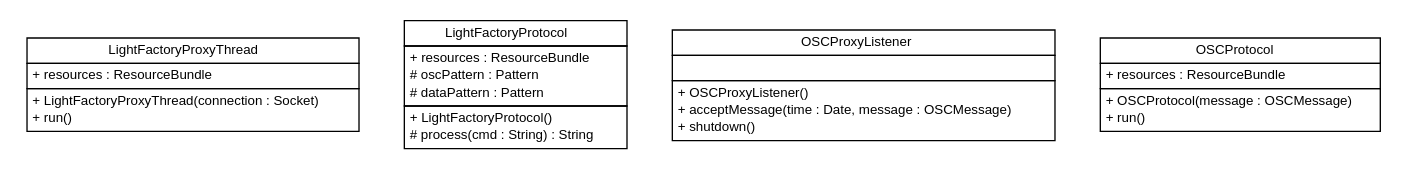
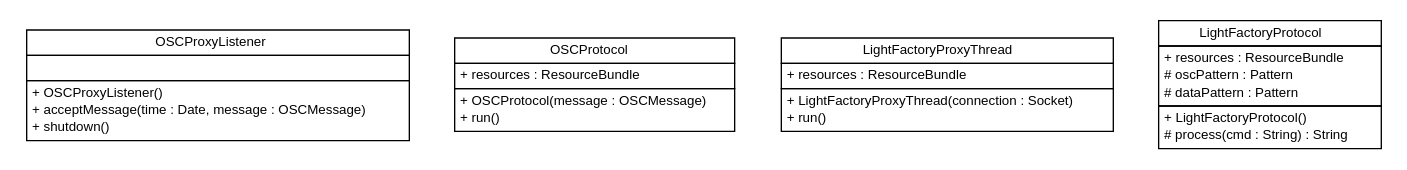
The diagram in apidocs/com/xley/lfosc/impl/com.xley.lfosc.impl.dot (pcross616/lf-osc-proxy), drawn with Graphviz before and after one commit. The commit also changed 95 other files, not shown here.

```diff
--- a/apidocs/com/xley/lfosc/impl/com.xley.lfosc.impl.dot
+++ b/apidocs/com/xley/lfosc/impl/com.xley.lfosc.impl.dot
@@ -1,67 +1,67 @@
 #!/usr/local/bin/dot
 #
 # Class diagram 
 # Generated by UMLGraph version R5_6 (http://www.umlgraph.org/)
 #
 
 digraph G {
 	edge [fontname="Helvetica",fontsize=10,labelfontname="Helvetica",labelfontsize=10];
 	node [fontname="Helvetica",fontsize=10,shape=plaintext];
 	nodesep=0.25;
 	ranksep=0.5;
+	// com.xley.lfosc.impl.OSCProxyListener
+	c8 [label=<<table title="com.xley.lfosc.impl.OSCProxyListener" border="0" cellborder="1" cellspacing="0" cellpadding="2" port="p" href="./OSCProxyListener.html">
+		<tr><td><table border="0" cellspacing="0" cellpadding="1">
+<tr><td align="center" balign="center"> OSCProxyListener </td></tr>
+		</table></td></tr>
+		<tr><td><table border="0" cellspacing="0" cellpadding="1">
+<tr><td align="left" balign="left">  </td></tr>
+		</table></td></tr>
+		<tr><td><table border="0" cellspacing="0" cellpadding="1">
+<tr><td align="left" balign="left"> + OSCProxyListener() </td></tr>
+<tr><td align="left" balign="left"> + acceptMessage(time : Date, message : OSCMessage) </td></tr>
+<tr><td align="left" balign="left"> + shutdown() </td></tr>
+		</table></td></tr>
+		</table>>, URL="./OSCProxyListener.html", fontname="Helvetica", fontcolor="black", fontsize=10.0];
+	// com.xley.lfosc.impl.OSCProtocol
+	c9 [label=<<table title="com.xley.lfosc.impl.OSCProtocol" border="0" cellborder="1" cellspacing="0" cellpadding="2" port="p" href="./OSCProtocol.html">
+		<tr><td><table border="0" cellspacing="0" cellpadding="1">
+<tr><td align="center" balign="center"> OSCProtocol </td></tr>
+		</table></td></tr>
+		<tr><td><table border="0" cellspacing="0" cellpadding="1">
+<tr><td align="left" balign="left"> + resources : ResourceBundle </td></tr>
+		</table></td></tr>
+		<tr><td><table border="0" cellspacing="0" cellpadding="1">
+<tr><td align="left" balign="left"> + OSCProtocol(message : OSCMessage) </td></tr>
+<tr><td align="left" balign="left"> + run() </td></tr>
+		</table></td></tr>
+		</table>>, URL="./OSCProtocol.html", fontname="Helvetica", fontcolor="black", fontsize=10.0];
 	// com.xley.lfosc.impl.LightFactoryProxyThread
-	c9 [label=<<table title="com.xley.lfosc.impl.LightFactoryProxyThread" border="0" cellborder="1" cellspacing="0" cellpadding="2" port="p" href="./LightFactoryProxyThread.html">
+	c10 [label=<<table title="com.xley.lfosc.impl.LightFactoryProxyThread" border="0" cellborder="1" cellspacing="0" cellpadding="2" port="p" href="./LightFactoryProxyThread.html">
 		<tr><td><table border="0" cellspacing="0" cellpadding="1">
 <tr><td align="center" balign="center"> LightFactoryProxyThread </td></tr>
 		</table></td></tr>
 		<tr><td><table border="0" cellspacing="0" cellpadding="1">
 <tr><td align="left" balign="left"> + resources : ResourceBundle </td></tr>
 		</table></td></tr>
 		<tr><td><table border="0" cellspacing="0" cellpadding="1">
 <tr><td align="left" balign="left"> + LightFactoryProxyThread(connection : Socket) </td></tr>
 <tr><td align="left" balign="left"> + run() </td></tr>
 		</table></td></tr>
 		</table>>, URL="./LightFactoryProxyThread.html", fontname="Helvetica", fontcolor="black", fontsize=10.0];
 	// com.xley.lfosc.impl.LightFactoryProtocol
-	c10 [label=<<table title="com.xley.lfosc.impl.LightFactoryProtocol" border="0" cellborder="1" cellspacing="0" cellpadding="2" port="p" href="./LightFactoryProtocol.html">
+	c11 [label=<<table title="com.xley.lfosc.impl.LightFactoryProtocol" border="0" cellborder="1" cellspacing="0" cellpadding="2" port="p" href="./LightFactoryProtocol.html">
 		<tr><td><table border="0" cellspacing="0" cellpadding="1">
 <tr><td align="center" balign="center"> LightFactoryProtocol </td></tr>
 		</table></td></tr>
 		<tr><td><table border="0" cellspacing="0" cellpadding="1">
 <tr><td align="left" balign="left"> + resources : ResourceBundle </td></tr>
 <tr><td align="left" balign="left"> # oscPattern : Pattern </td></tr>
 <tr><td align="left" balign="left"> # dataPattern : Pattern </td></tr>
 		</table></td></tr>
 		<tr><td><table border="0" cellspacing="0" cellpadding="1">
 <tr><td align="left" balign="left"> + LightFactoryProtocol() </td></tr>
 <tr><td align="left" balign="left"> # process(cmd : String) : String </td></tr>
 		</table></td></tr>
 		</table>>, URL="./LightFactoryProtocol.html", fontname="Helvetica", fontcolor="black", fontsize=10.0];
-	// com.xley.lfosc.impl.OSCProxyListener
-	c11 [label=<<table title="com.xley.lfosc.impl.OSCProxyListener" border="0" cellborder="1" cellspacing="0" cellpadding="2" port="p" href="./OSCProxyListener.html">
-		<tr><td><table border="0" cellspacing="0" cellpadding="1">
-<tr><td align="center" balign="center"> OSCProxyListener </td></tr>
-		</table></td></tr>
-		<tr><td><table border="0" cellspacing="0" cellpadding="1">
-<tr><td align="left" balign="left">  </td></tr>
-		</table></td></tr>
-		<tr><td><table border="0" cellspacing="0" cellpadding="1">
-<tr><td align="left" balign="left"> + OSCProxyListener() </td></tr>
-<tr><td align="left" balign="left"> + acceptMessage(time : Date, message : OSCMessage) </td></tr>
-<tr><td align="left" balign="left"> + shutdown() </td></tr>
-		</table></td></tr>
-		</table>>, URL="./OSCProxyListener.html", fontname="Helvetica", fontcolor="black", fontsize=10.0];
-	// com.xley.lfosc.impl.OSCProtocol
-	c12 [label=<<table title="com.xley.lfosc.impl.OSCProtocol" border="0" cellborder="1" cellspacing="0" cellpadding="2" port="p" href="./OSCProtocol.html">
-		<tr><td><table border="0" cellspacing="0" cellpadding="1">
-<tr><td align="center" balign="center"> OSCProtocol </td></tr>
-		</table></td></tr>
-		<tr><td><table border="0" cellspacing="0" cellpadding="1">
-<tr><td align="left" balign="left"> + resources : ResourceBundle </td></tr>
-		</table></td></tr>
-		<tr><td><table border="0" cellspacing="0" cellpadding="1">
-<tr><td align="left" balign="left"> + OSCProtocol(message : OSCMessage) </td></tr>
-<tr><td align="left" balign="left"> + run() </td></tr>
-		</table></td></tr>
-		</table>>, URL="./OSCProtocol.html", fontname="Helvetica", fontcolor="black", fontsize=10.0];
 }
```
